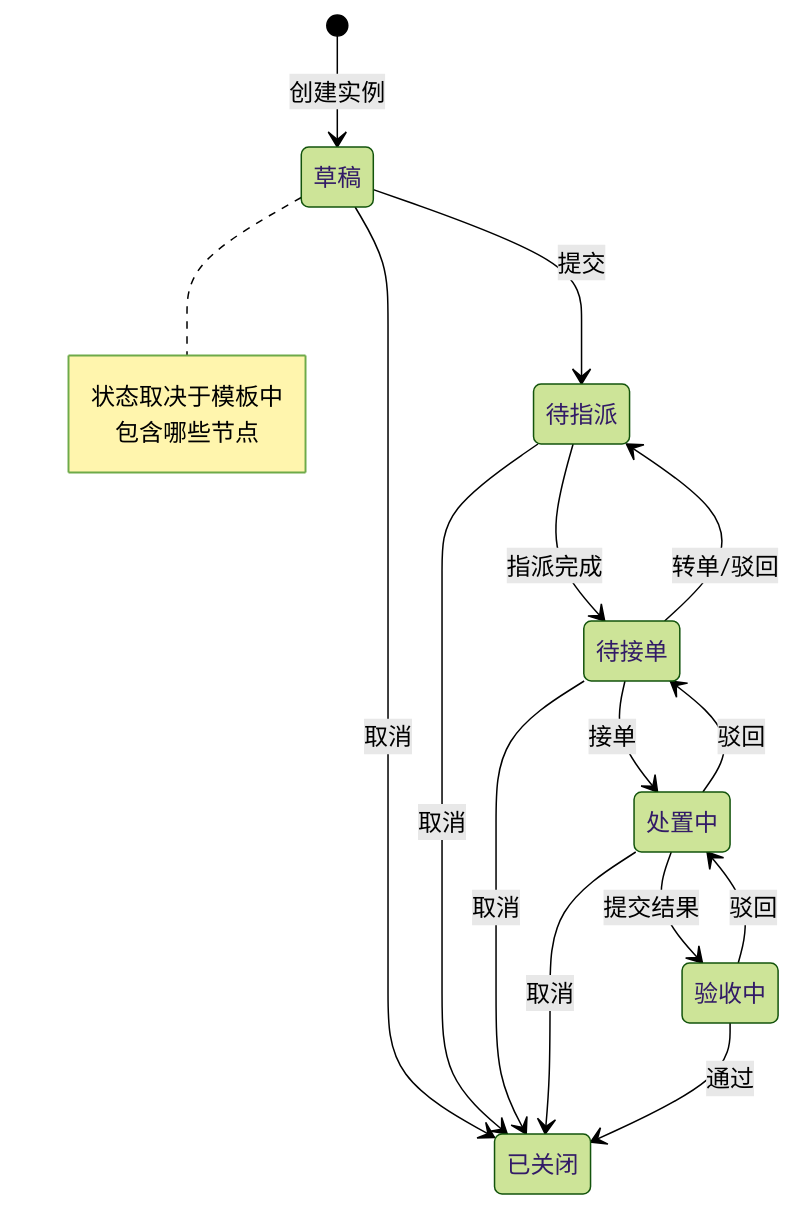
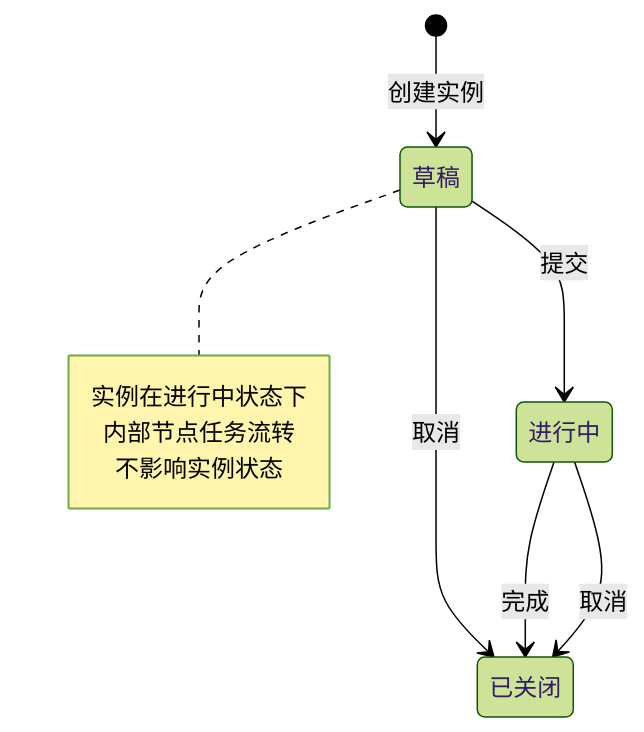
The fourth of 6 diagrams in docs/design/工单管理/00-流程编排模块详细设计.md (LiSunny/SaaS_Demo), drawn with Mermaid (forest theme) before and after one commit. The commit also changed other lines of this file and 6 other files, not shown here.

````diff
--- a/docs/design/工单管理/00-流程编排模块详细设计.md
+++ b/docs/design/工单管理/00-流程编排模块详细设计.md
@@ -89,25 +92,15 @@
 ```mermaid
 stateDiagram-v2
     [*] --> 草稿 : 创建实例
-    草稿 --> 待指派 : 提交
+    草稿 --> 进行中 : 提交
     草稿 --> 已关闭 : 取消
 
-    待指派 --> 待接单 : 指派完成
-    待指派 --> 已关闭 : 取消
-
-    待接单 --> 处置中 : 接单
-    待接单 --> 待指派 : 转单/驳回
-    待接单 --> 已关闭 : 取消
-
-    处置中 --> 验收中 : 提交结果
-    处置中 --> 待接单 : 驳回
-    处置中 --> 已关闭 : 取消
-
-    验收中 --> 已关闭 : 通过
-    验收中 --> 处置中 : 驳回
+    进行中 --> 已关闭 : 完成
+    进行中 --> 已关闭 : 取消
 
     note right of 草稿
-        状态取决于模板中
-        包含哪些节点
+        实例在进行中状态下
+        内部节点任务流转
+        不影响实例状态
     end note
 ```
````
